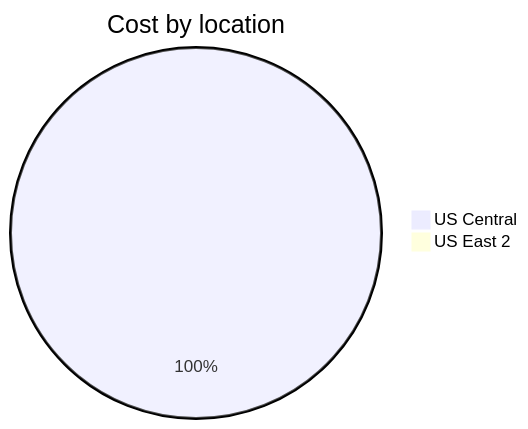
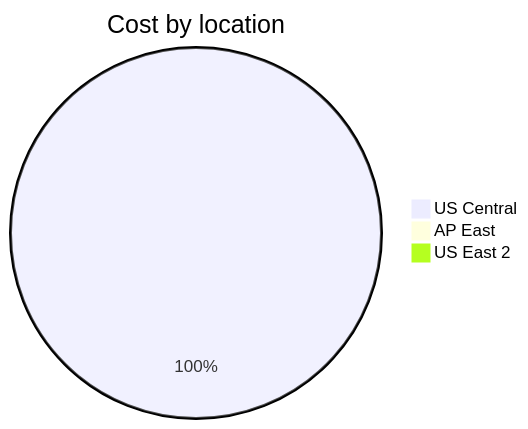
The third of 4 diagrams in cost-reports/personal-site/personal-site-preview.md (jpfulton/azure-personal-reports), drawn with Mermaid before and after one commit. The commit also changed other lines of this file and 6 other files, not shown here.

````diff
--- a/cost-reports/personal-site/personal-site-preview.md
+++ b/cost-reports/personal-site/personal-site-preview.md
@@ -108,6 +109,7 @@
 ```mermaid
 pie
    title Cost by location
-   "US Central" : 0.22
+   "US Central" : 0.51
+   "AP East" : 0.00
    "US East 2" : 0.00
 ```
````
